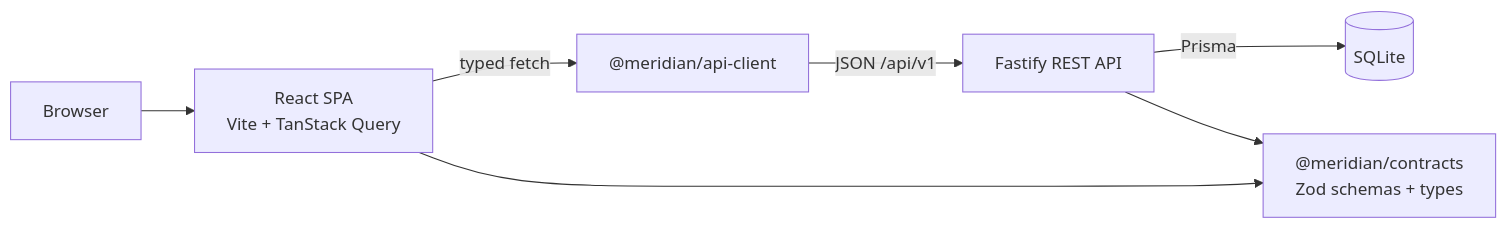
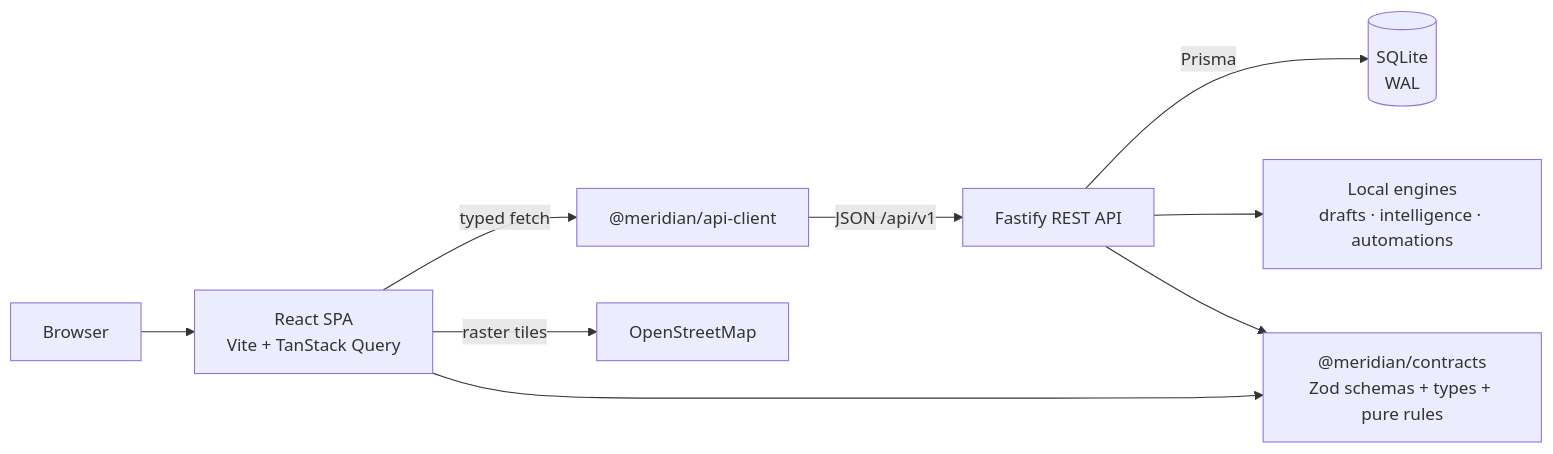
The diagram in README.md (StinkyCat0/meridiancrm), drawn with Mermaid before and after one commit. The commit also changed other lines of this file and 9 other files, not shown here.

````diff
--- a/README.md
+++ b/README.md
@@ -94,10 +149,12 @@
 ```mermaid
 flowchart LR
   B[Browser] --> SPA[React SPA<br/>Vite + TanStack Query]
   SPA -->|typed fetch| C["@meridian/api-client"]
   C -->|JSON /api/v1| API[Fastify REST API]
-  API -->|Prisma| DB[(SQLite)]
+  API -->|Prisma| DB[(SQLite<br/>WAL)]
+  API --> ENG[Local engines<br/>drafts · intelligence · automations]
   API --> SH[Shared packages]
   SPA --> SH
-  SH["@meridian/contracts<br/>Zod schemas + types"]
+  SPA -->|raster tiles| OSM[OpenStreetMap]
+  SH["@meridian/contracts<br/>Zod schemas + types + pure rules"]
 ```
````
